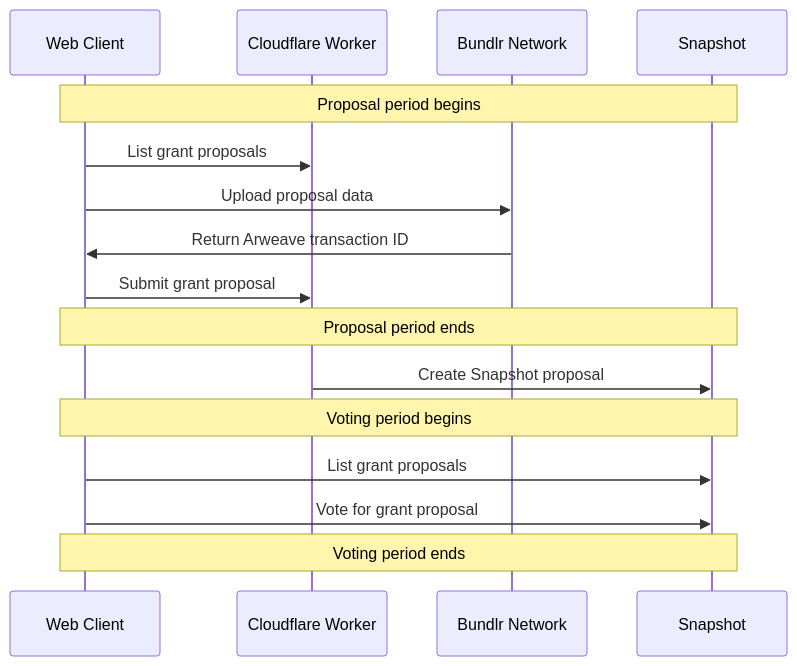
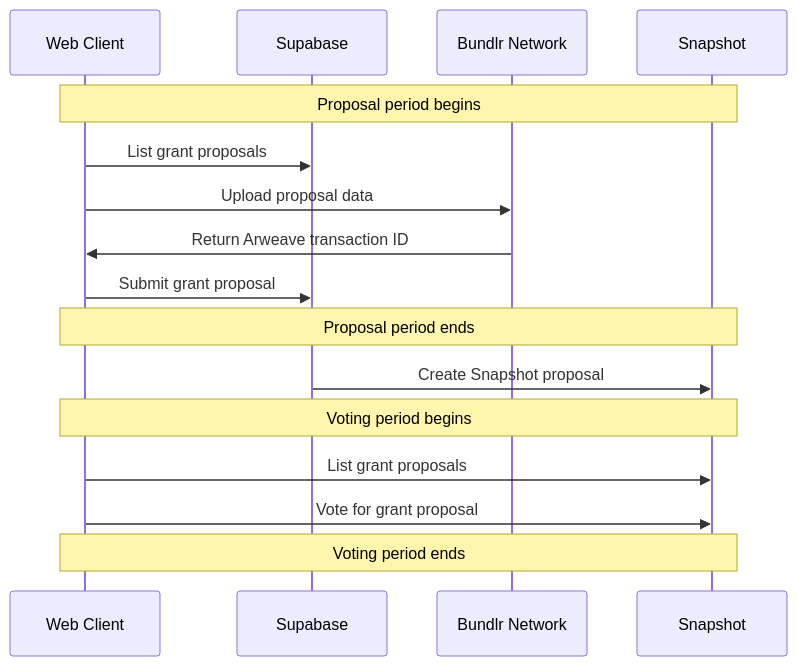
The diagram in README.md (carlosdp/ens-small-grants), drawn with Mermaid before and after one commit. The commit also changed other lines of this file and 16 other files, not shown here.

````diff
--- a/README.md
+++ b/README.md
@@ -22,19 +31,19 @@
 ```mermaid
 sequenceDiagram
     participant user as Web Client
-    participant function as Cloudflare Worker
+    participant function as Supabase
     participant arweave as Bundlr Network
     participant snapshot as Snapshot
 
     Note over user,snapshot: Proposal period begins
     user->>function: List grant proposals
     user->>arweave: Upload proposal data
     arweave->>user: Return Arweave transaction ID
     user->>function: Submit grant proposal
     Note over user,snapshot: Proposal period ends
     function->>snapshot: Create Snapshot proposal
     Note over user,snapshot: Voting period begins
     user->>snapshot: List grant proposals
     user->>snapshot: Vote for grant proposal
     Note over user,snapshot: Voting period ends
 ```
````
